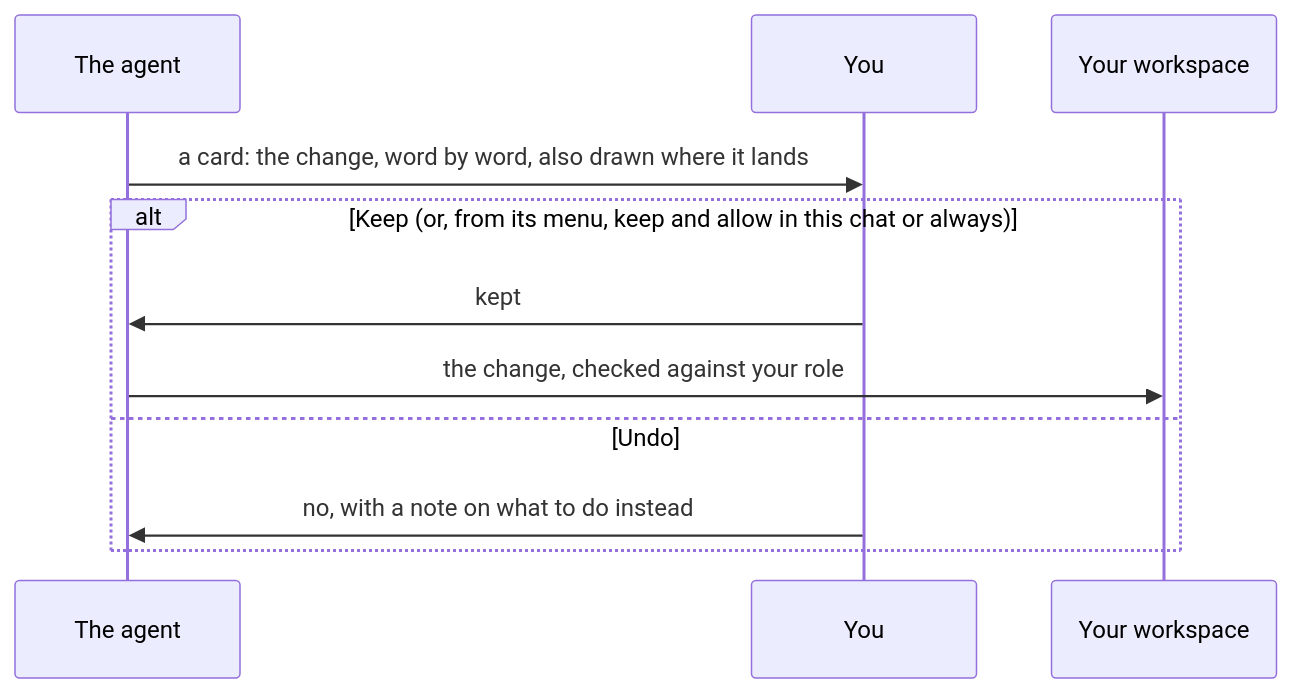
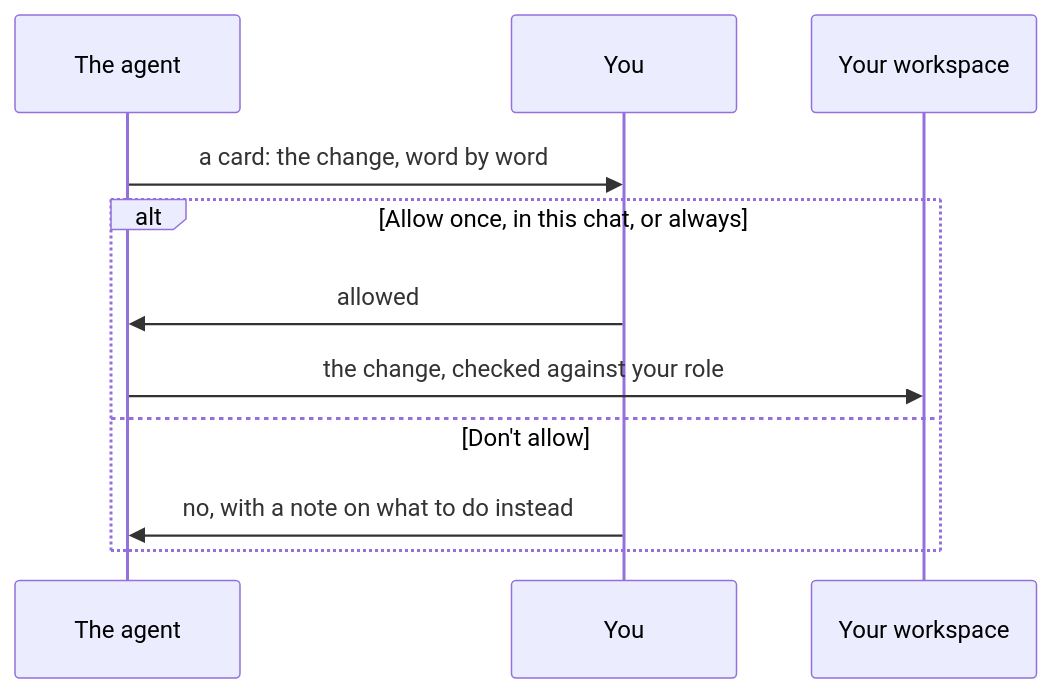
Before and after one commit to tim4431/gamma: the third of 3 diagrams in docs/design/ai.md, drawn with Mermaid. The commit also changed other lines of this file and 100 other files, not shown here.

````diff
--- a/docs/design/ai.md
+++ b/docs/design/ai.md
@@ -121,14 +121,14 @@
 ```mermaid
 sequenceDiagram
   accTitle: A change that asks first
   participant AI as The agent
   participant You
   participant W as Your workspace
-  AI->>You: a card: the change, word by word, also drawn where it lands
-  alt Keep (or, from its menu, keep and allow in this chat or always)
-    You->>AI: kept
+  AI->>You: a card: the change, word by word
+  alt Allow once, in this chat, or always
+    You->>AI: allowed
     AI->>W: the change, checked against your role
-  else Undo
+  else Don't allow
     You->>AI: no, with a note on what to do instead
   end
 ```
````
